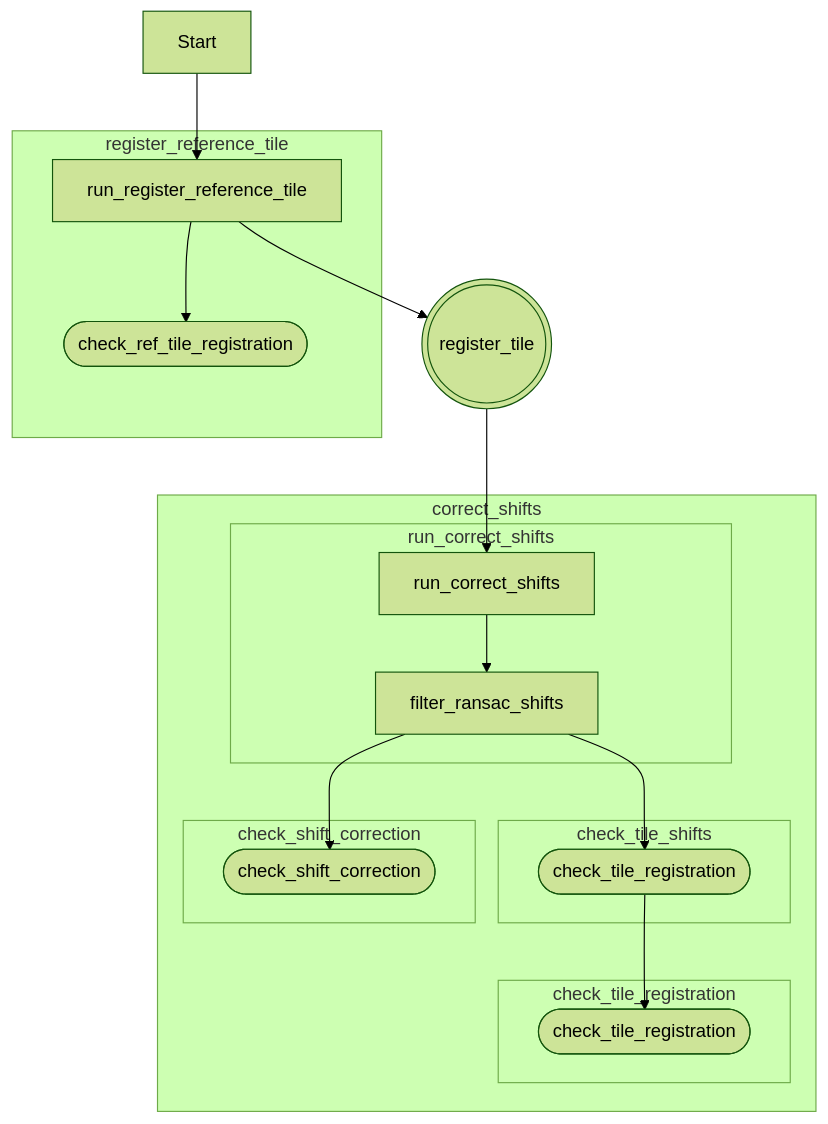
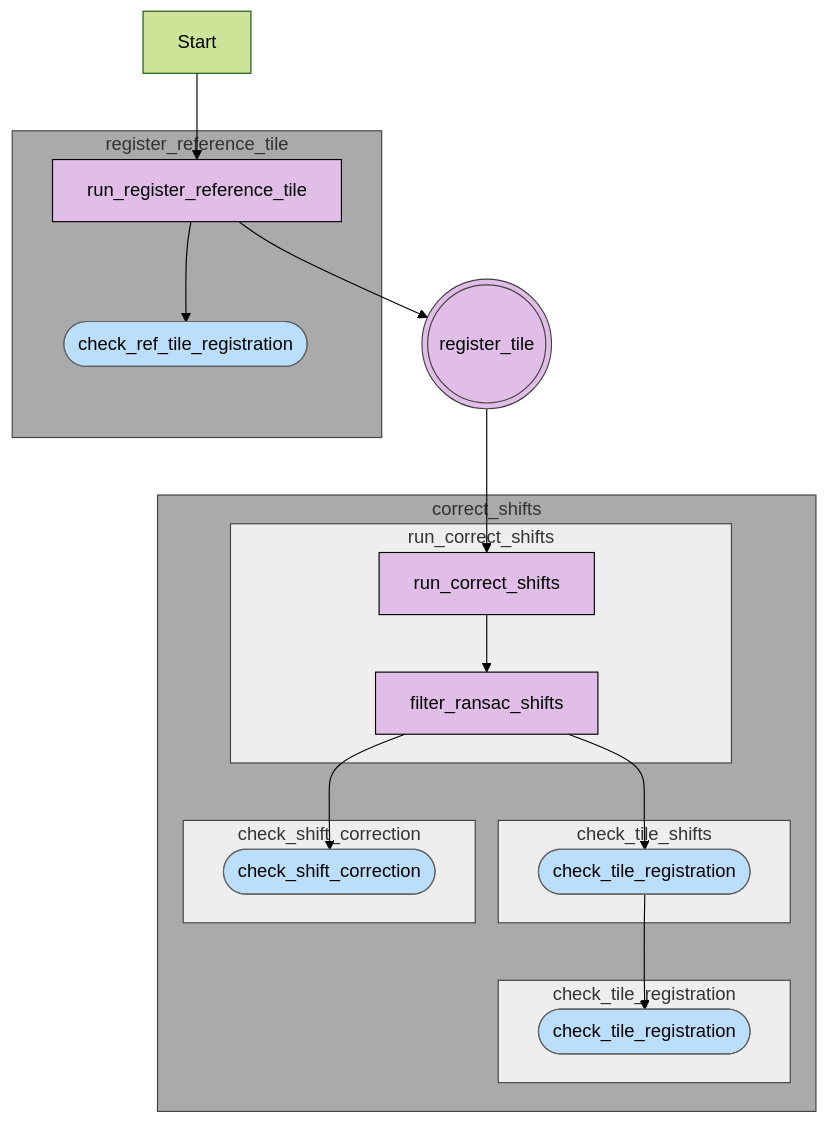
The diagram in docs/source/registration.rst (znamlab/iss-preprocess), drawn with Mermaid (forest theme) before and after one commit. The commit also changed other lines of this file and 1 other file, not shown here.

Commit message:
[doc] imrpove docs

```diff
--- a/docs/source/registration.rst
+++ b/docs/source/registration.rst
@@ -36,30 +36,49 @@
 .. mermaid::
 
     flowchart TD
     start[Start] --> regref[run_register_reference_tile];
         batch_est(((register_tile)));
 
         subgraph register_reference_tile
             regref --> diag_ref([check_ref_tile_registration]);
         end
 
 
 
         regref --> batch_est;
         batch_est --> corr;
         subgraph correct_shifts
             subgraph run_correct_shifts
                 corr[run_correct_shifts];
                 corr --> filt[filter_ransac_shifts];
             end
 
             subgraph check_tile_shifts
                 filt --> ctr([check_tile_registration]);
             end
             subgraph check_shift_correction
                 filt --> csc([check_shift_correction]);
             end
             subgraph check_tile_registration
                 ctr --> diag_tile([check_tile_registration]);
             end
         end
+
+        style batch_est fill:#E1BEE7,stroke:#424242
+
+        style corr stroke:#000000,fill:#E1BEE7
+        style regref stroke:#000000,fill:#E1BEE7
+        style filt stroke:#000000,fill:#E1BEE7
+
+        style csc fill:#BBDEFB,stroke:#616161,color:#000000
+        style diag_ref fill:#BBDEFB,stroke:#616161,color:#000000
+        style diag_tile fill:#BBDEFB,stroke:#616161,color:#000000
+        style ctr fill:#BBDEFB,stroke:#616161,color:#000000
+
+        style run_correct_shifts fill:#EEEEEE, stroke:#424242
+        style check_tile_shifts fill:#EEEEEE, stroke:#424242
+        style check_shift_correction fill:#EEEEEE, stroke:#424242
+        style check_tile_registration fill:#EEEEEE, stroke:#424242
+
+        style correct_shifts fill:#AAAAAA, stroke:#424242
+        style register_reference_tile fill:#AAAAAA, stroke:#424242
```
